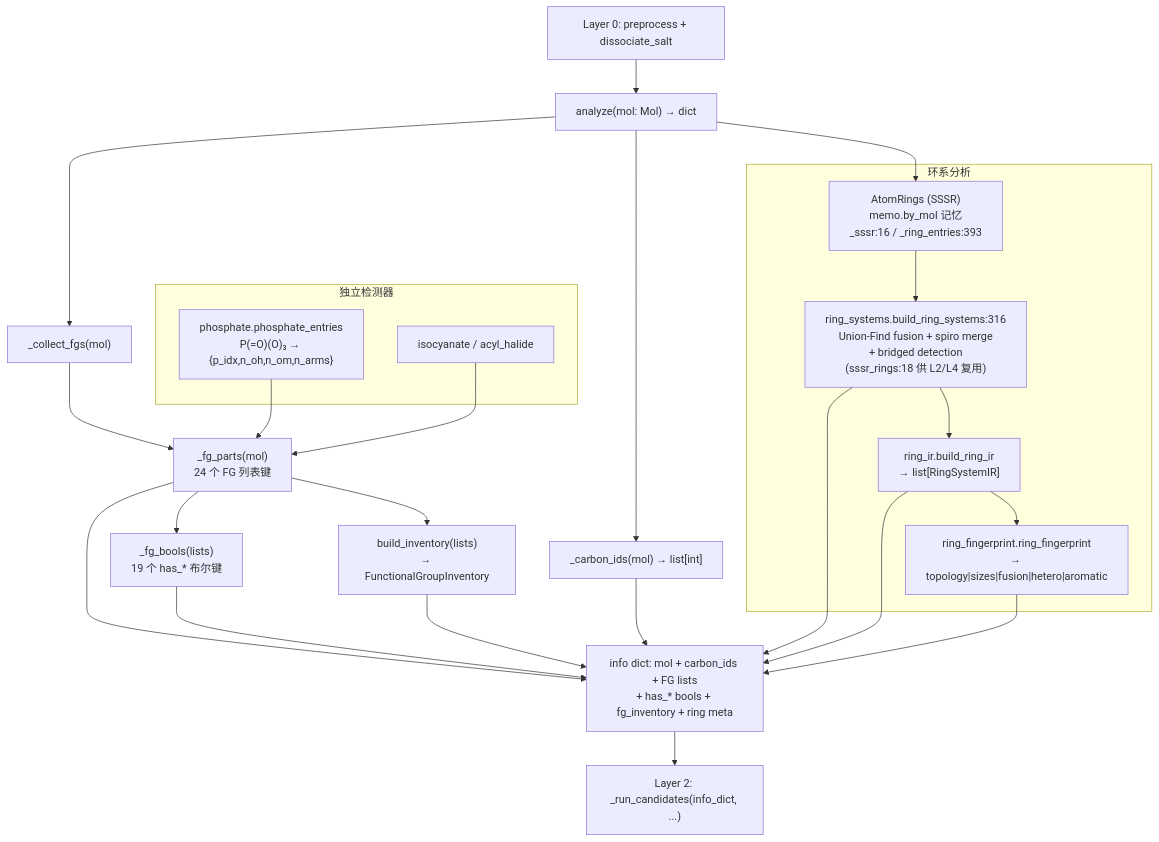
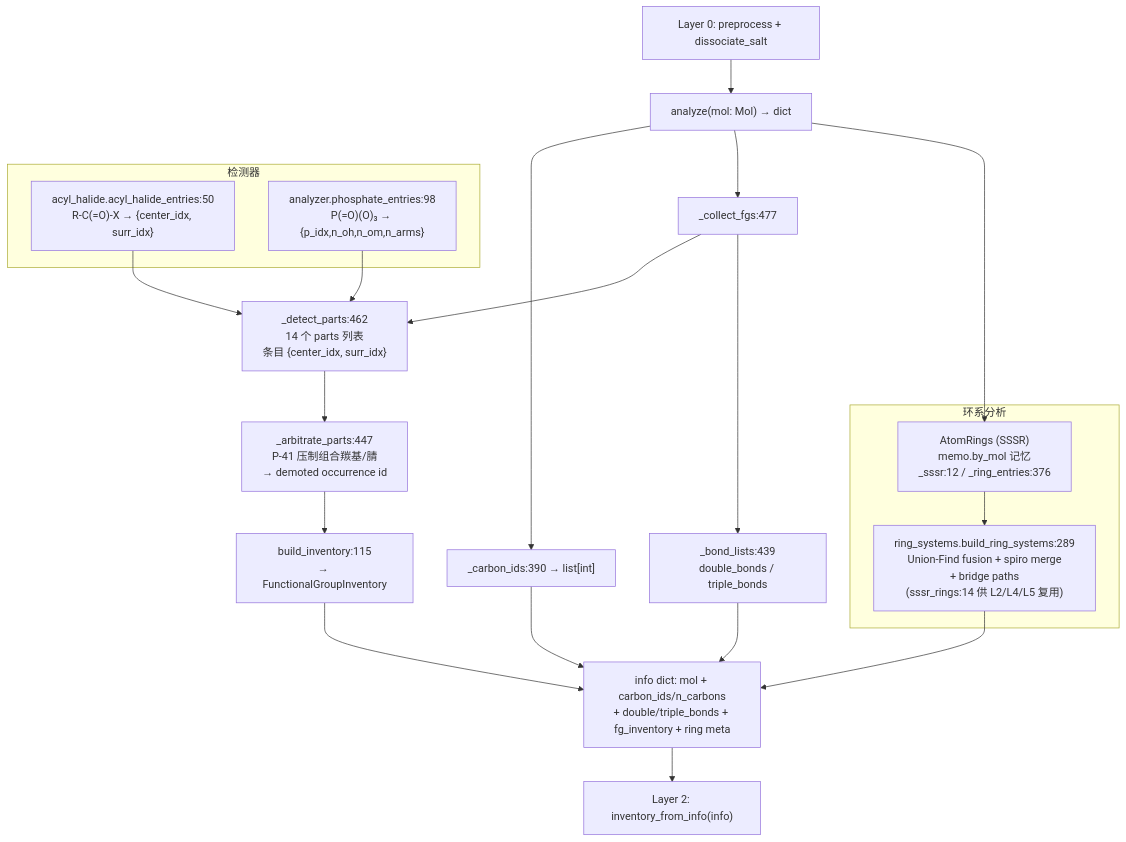
Before and after one commit to zouxiaofei1/OpenSMILES: the first of 2 diagrams in docs/wiki/architecture/layer1-analyzer.md, drawn with Mermaid. The commit also changed other lines of this file and 18 other files, not shown here.

````diff
--- a/docs/wiki/architecture/layer1-analyzer.md
+++ b/docs/wiki/architecture/layer1-analyzer.md
@@ -246,50 +247,45 @@
 ```mermaid
 flowchart TD
     L0["Layer 0: preprocess + dissociate_salt"]
     L1_ENTRY["analyze(mol: Mol) → dict"]
-    CARBONS["_carbon_ids(mol) → list[int]"]
-    FG_COLLECT["_collect_fgs(mol)"]
-    FG_PARTS["_fg_parts(mol)<br/>24 个 FG 列表键"]
-    FG_BOOLS["_fg_bools(lists)<br/>19 个 has_* 布尔键"]
-    INV["build_inventory(lists)<br/>→ FunctionalGroupInventory"]
+    CARBONS["_carbon_ids:390 → list[int]"]
+    FG_COLLECT["_collect_fgs:477"]
+    DETECT["_detect_parts:462<br/>14 个 parts 列表<br/>条目 {center_idx, surr_idx}"]
+    ARB["_arbitrate_parts:447<br/>P-41 压制组合羰基/腈<br/>→ demoted occurrence id"]
+    INV["build_inventory:115<br/>→ FunctionalGroupInventory"]
+    BONDS["_bond_lists:439<br/>double_bonds / triple_bonds"]
 
-    subgraph DET["独立检测器"]
-        PHOS["phosphate.phosphate_entries<br/>P(=O)(O)₃ → {p_idx,n_oh,n_om,n_arms}"]
-        ISO["isocyanate / acyl_halide"]
+    subgraph DET["检测器"]
+        AH["acyl_halide.acyl_halide_entries:50<br/>R-C(=O)-X → {center_idx, surr_idx}"]
+        PHOS["analyzer.phosphate_entries:98<br/>P(=O)(O)₃ → {p_idx,n_oh,n_om,n_arms}"]
     end
 
     subgraph RING["环系分析"]
-        SSSR["AtomRings (SSSR)<br/>memo.by_mol 记忆<br/>_sssr:16 / _ring_entries:393"]
-        RING_SYS["ring_systems.build_ring_systems:316<br/>Union-Find fusion + spiro merge<br/>+ bridged detection<br/>(sssr_rings:18 供 L2/L4 复用)"]
-        RING_IR["ring_ir.build_ring_ir<br/>→ list[RingSystemIR]"]
-        RING_FP["ring_fingerprint.ring_fingerprint<br/>→ topology|sizes|fusion|hetero|aromatic"]
+        SSSR["AtomRings (SSSR)<br/>memo.by_mol 记忆<br/>_sssr:12 / _ring_entries:376"]
+        RING_SYS["ring_systems.build_ring_systems:289<br/>Union-Find fusion + spiro merge<br/>+ bridge paths<br/>(sssr_rings:14 供 L2/L4/L5 复用)"]
     end
 
-    RESULT["info dict: mol + carbon_ids + FG lists<br/>+ has_* bools + fg_inventory + ring meta"]
-    L2["Layer 2: _run_candidates(info_dict, ...)"]
+    RESULT["info dict: mol + carbon_ids/n_carbons<br/>+ double/triple_bonds + fg_inventory + ring meta"]
+    L2["Layer 2: inventory_from_info(info)"]
 
     L0 --> L1_ENTRY
     L1_ENTRY --> CARBONS
     L1_ENTRY --> FG_COLLECT
     L1_ENTRY --> SSSR
 
-    FG_COLLECT --> FG_PARTS
-    PHOS --> FG_PARTS
-    ISO --> FG_PARTS
-    FG_PARTS --> FG_BOOLS
-    FG_PARTS --> INV
+    FG_COLLECT --> DETECT
+    AH --> DETECT
+    PHOS --> DETECT
+    DETECT --> ARB
+    ARB --> INV
+    FG_COLLECT --> BONDS
 
-    FG_PARTS --> RESULT
-    FG_BOOLS --> RESULT
     INV --> RESULT
+    BONDS --> RESULT
     CARBONS --> RESULT
 
     SSSR --> RING_SYS
-    RING_SYS --> RING_IR
-    RING_IR --> RING_FP
     RING_SYS --> RESULT
-    RING_IR --> RESULT
-    RING_FP --> RESULT
 
     RESULT --> L2
 ```
````
